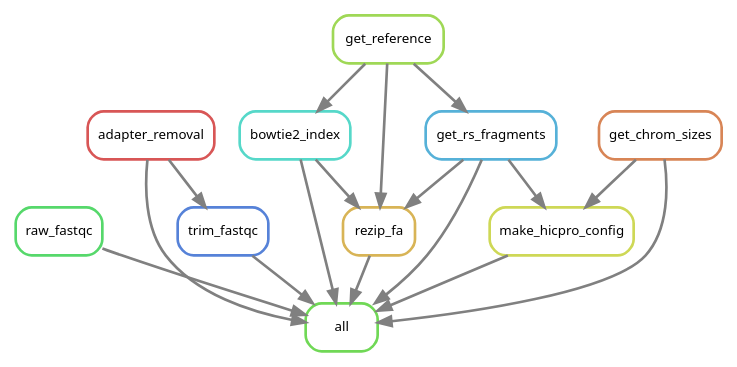
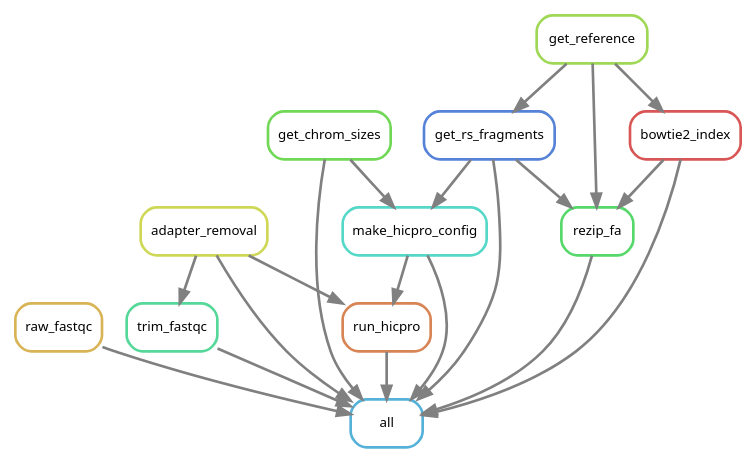
Before and after one commit to DRMCRL/ENCODE_T47D_HiC_ENCSR549MGQ: the diagram in output/rulegraph.dot, drawn with Graphviz. The commit also changed 2 other files, not shown here.

Commit message:
Recognised run_hicpro

```diff
--- a/output/rulegraph.dot
+++ b/output/rulegraph.dot
@@ -1,31 +1,35 @@
 digraph snakemake_dag {
     graph[bgcolor=white, margin=0];
     node[shape=box, style=rounded, fontname=sans,                 fontsize=10, penwidth=2];
     edge[penwidth=2, color=grey];
-	0[label = "all", color = "0.30 0.6 0.85", style="rounded"];
-	1[label = "raw_fastqc", color = "0.36 0.6 0.85", style="rounded"];
-	2[label = "adapter_removal", color = "0.00 0.6 0.85", style="rounded"];
-	3[label = "trim_fastqc", color = "0.61 0.6 0.85", style="rounded"];
-	4[label = "make_hicpro_config", color = "0.18 0.6 0.85", style="rounded"];
-	5[label = "bowtie2_index", color = "0.48 0.6 0.85", style="rounded"];
-	6[label = "get_rs_fragments", color = "0.55 0.6 0.85", style="rounded"];
-	7[label = "rezip_fa", color = "0.12 0.6 0.85", style="rounded"];
-	8[label = "get_chrom_sizes", color = "0.06 0.6 0.85", style="rounded"];
-	9[label = "get_reference", color = "0.24 0.6 0.85", style="rounded"];
+	0[label = "all", color = "0.55 0.6 0.85", style="rounded"];
+	1[label = "raw_fastqc", color = "0.12 0.6 0.85", style="rounded"];
+	2[label = "trim_fastqc", color = "0.42 0.6 0.85", style="rounded"];
+	3[label = "run_hicpro", color = "0.06 0.6 0.85", style="rounded"];
+	4[label = "adapter_removal", color = "0.18 0.6 0.85", style="rounded"];
+	5[label = "bowtie2_index", color = "0.00 0.6 0.85", style="rounded"];
+	6[label = "rezip_fa", color = "0.36 0.6 0.85", style="rounded"];
+	7[label = "get_rs_fragments", color = "0.61 0.6 0.85", style="rounded"];
+	8[label = "get_chrom_sizes", color = "0.30 0.6 0.85", style="rounded"];
+	9[label = "make_hicpro_config", color = "0.48 0.6 0.85", style="rounded"];
+	10[label = "get_reference", color = "0.24 0.6 0.85", style="rounded"];
+	5 -> 0
+	3 -> 0
+	1 -> 0
+	4 -> 0
+	8 -> 0
+	6 -> 0
 	2 -> 0
-	8 -> 0
+	9 -> 0
 	7 -> 0
-	4 -> 0
-	1 -> 0
-	5 -> 0
-	6 -> 0
-	3 -> 0
-	2 -> 3
-	8 -> 4
-	6 -> 4
-	9 -> 5
-	9 -> 6
-	9 -> 7
-	6 -> 7
-	5 -> 7
+	4 -> 2
+	4 -> 3
+	9 -> 3
+	10 -> 5
+	7 -> 6
+	5 -> 6
+	10 -> 6
+	10 -> 7
+	8 -> 9
+	7 -> 9
 }            
```
